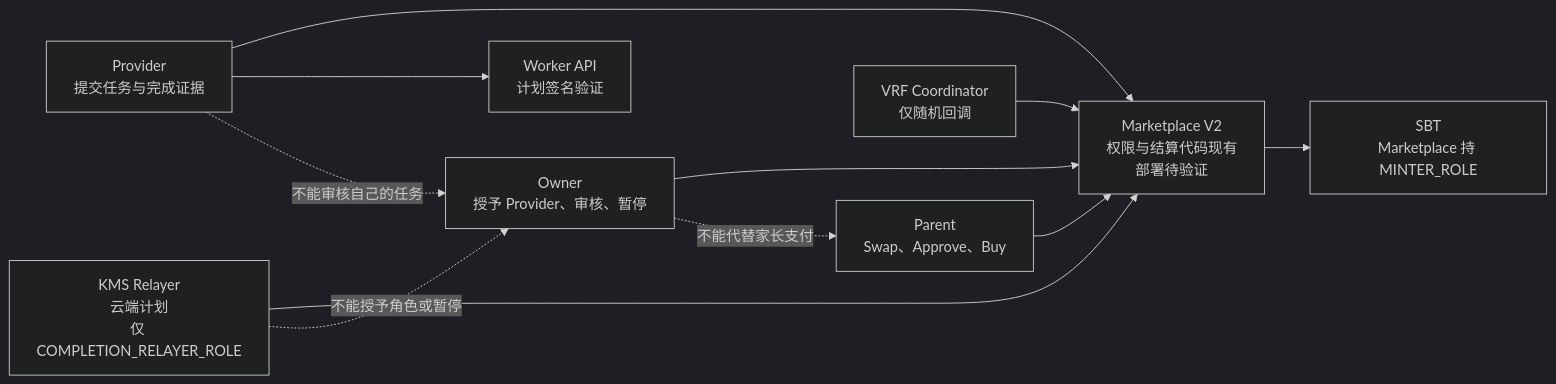
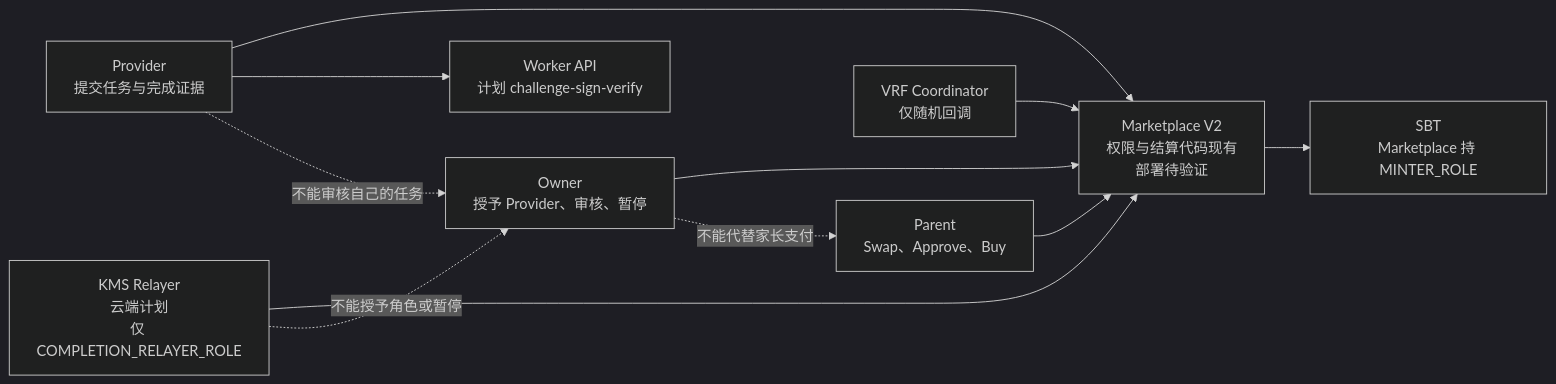
One commit to Tiancheng-Xu/babysteps changed the seventh of 8 diagrams in docs/architecture/starbuddy-web3-architecture.mmd. Above: the diagram before and after it, drawn with Mermaid (dark theme). The commit also changed other lines of this file and 1 other file, not shown here.

Commit message:
docs: refine starbuddy web3 architecture

````diff
--- a/docs/architecture/starbuddy-web3-architecture.mmd
+++ b/docs/architecture/starbuddy-web3-architecture.mmd
@@ -89,14 +174,14 @@
 ```mermaid
 flowchart LR
     owner2["Owner<br/>授予 Provider、审核、暂停"] --> market["Marketplace V2<br/>权限与结算代码现有<br/>部署待验证"]
     provider2["Provider<br/>提交任务与完成证据"] --> market
-    provider2 --> api["Worker API<br/>计划签名验证"]
+    provider2 --> api["Worker API<br/>计划 challenge-sign-verify"]
     parent2["Parent<br/>Swap、Approve、Buy"] --> market
     relayer2["KMS Relayer<br/>云端计划<br/>仅 COMPLETION_RELAYER_ROLE"] --> market
     coordinator["VRF Coordinator<br/>仅随机回调"] --> market
     market --> sbt2["SBT<br/>Marketplace 持 MINTER_ROLE"]
 
     owner2 -. "不能代替家长支付" .-> parent2
     provider2 -. "不能审核自己的任务" .-> owner2
     relayer2 -. "不能授予角色或暂停" .-> owner2
 ```
````
